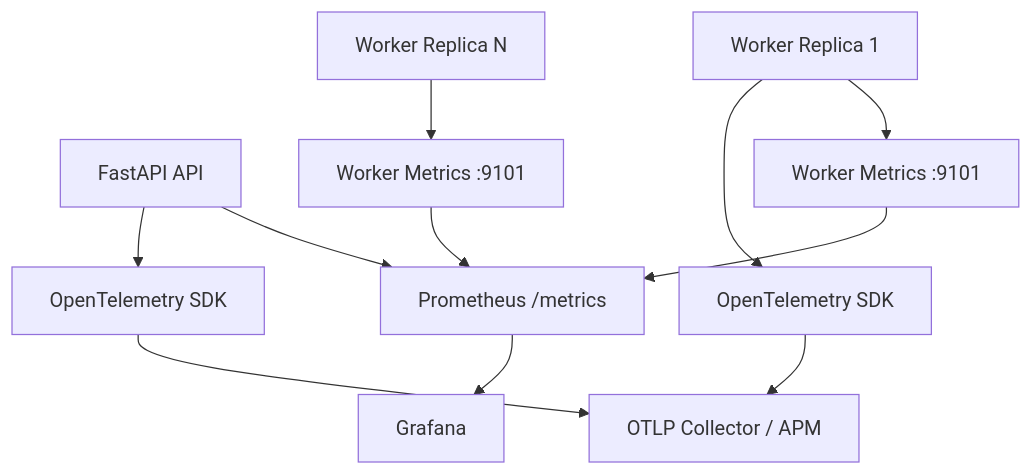
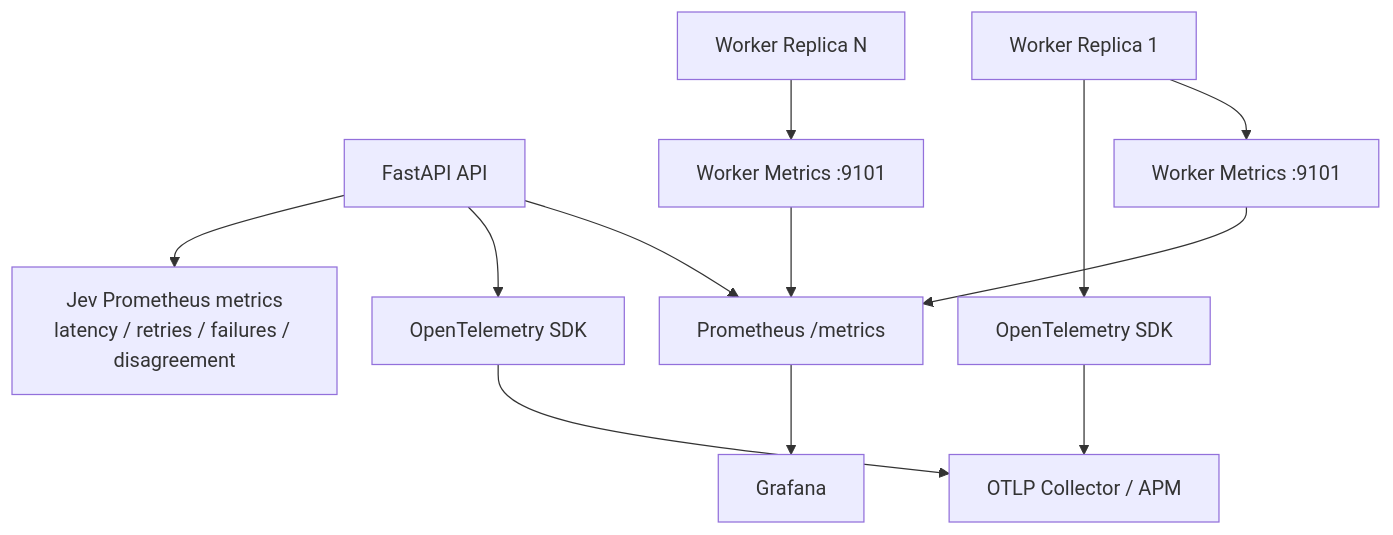
Before and after one commit to Dikshu015/RazorRisk-Agentic-AI-Payment-Fraud-Risk-Investigation-Platform: diagram 18 of 21 in README.md, drawn with Mermaid. The commit also changed other lines of this file, not shown here.

Commit message:
docs: finalize README validation and diagram status

````diff
--- a/README.md
+++ b/README.md
@@ -945,14 +945,15 @@
 ```mermaid
 %%{init: {'flowchart': {'nodeSpacing': 28, 'rankSpacing': 48}}}%%
 flowchart TB
     API[FastAPI API] --> PM[Prometheus /metrics]
     W1[Worker Replica 1] --> PW1[Worker Metrics :9101]
     WN[Worker Replica N] --> PWN[Worker Metrics :9101]
     PW1 --> PM
     PWN --> PM
     API --> OT[OpenTelemetry SDK]
     W1 --> OTW[OpenTelemetry SDK]
+    API --> JV[Jev Prometheus metrics<br/>latency / retries / failures / disagreement]
     OT --> COL[OTLP Collector / APM]
     OTW --> COL
     PM --> G[Grafana]
 ```
````
